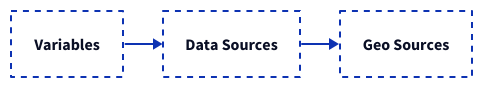
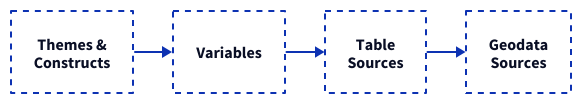
The diagram in docs/img/registry-simple.d2 (healthyregions/oeps), drawn with D2 before and after one commit. The commit also changed 4 other files, not shown here.

```diff
--- a/docs/img/registry-simple.d2
+++ b/docs/img/registry-simple.d2
@@ -1,24 +1,27 @@
-# render with --pad 25
+# d2 ./registry-simple.d2 registry-simple.png --pad 25
 
 direction: right
-grid-columns: 3
+grid-columns: 4
 classes: {
     container: {
         style: {
             fill: transparent
             stroke-dash: 3
         }
     }
 }
 
+t: Themes &\nConstructs {
+    class: container
+}
 v: Variables {
     class: container
 }
-s: Data Sources {
+s: Table\nSources {
     class: container
 }
-g: Geo Sources {
+g: Geodata\nSources {
     class: container
 }
 
-v -> s -> g
+t -> v -> s -> g
```
